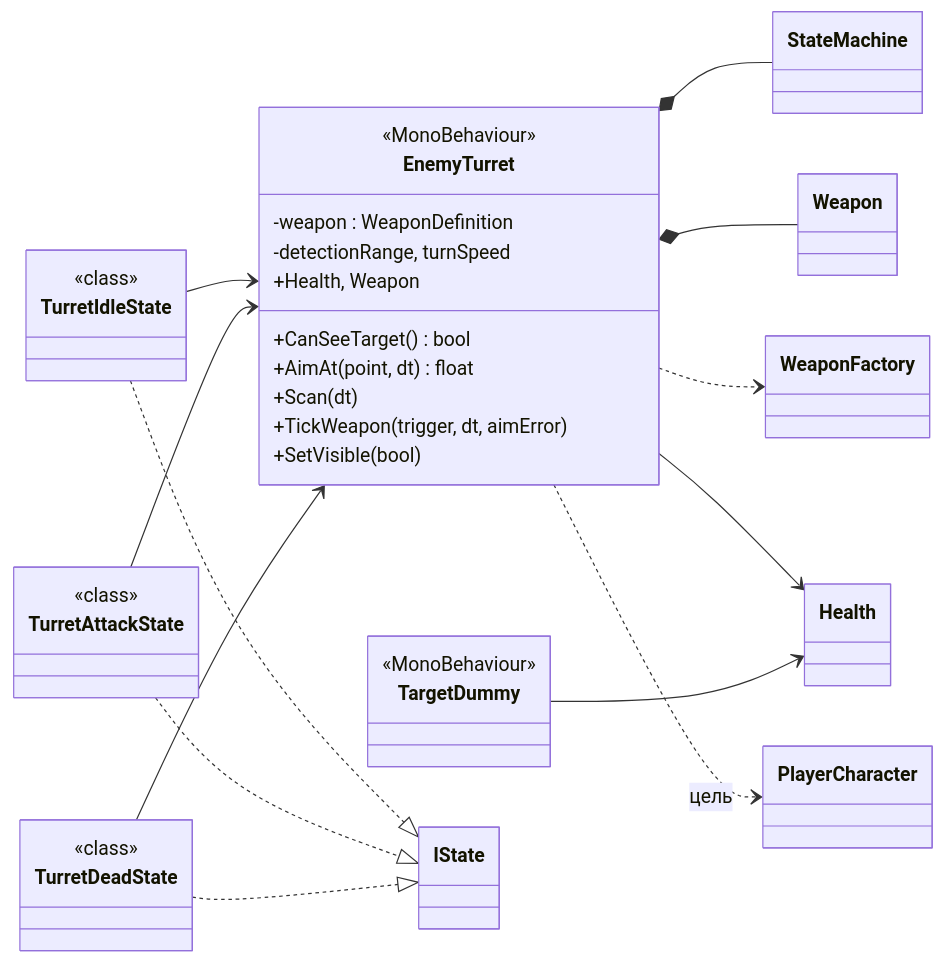
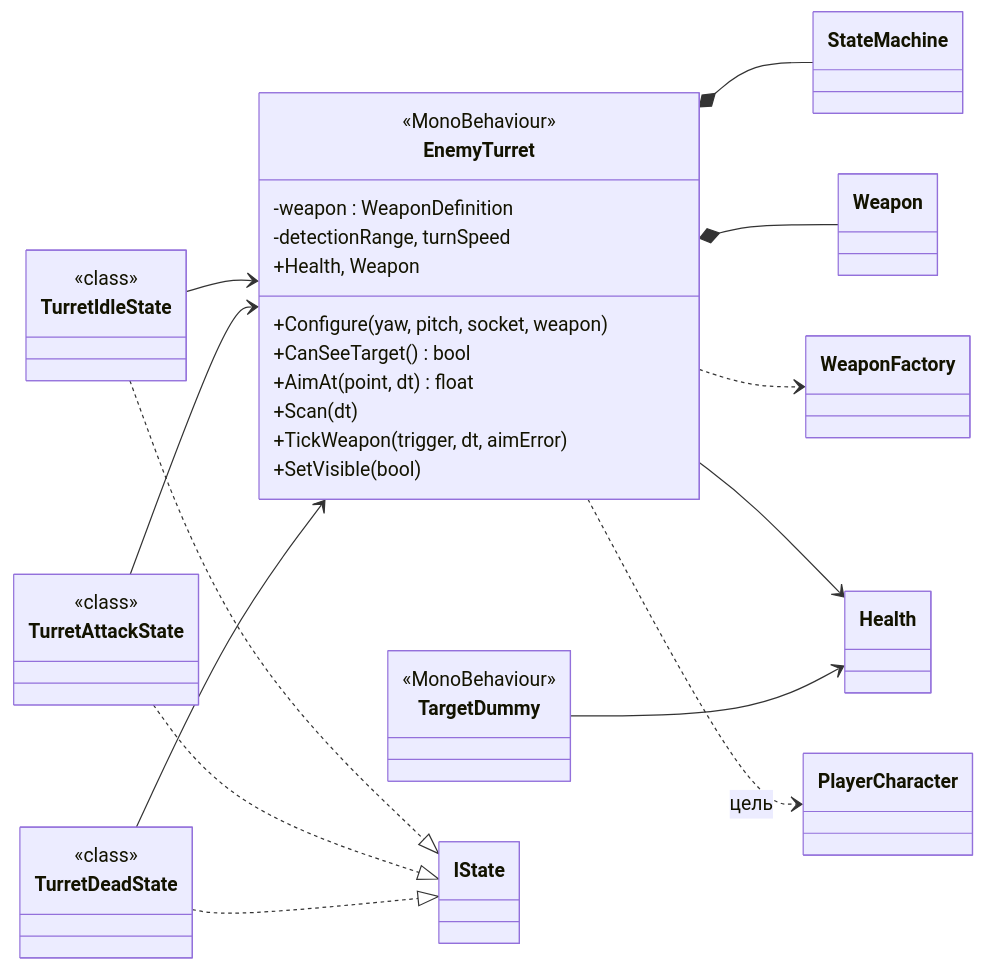
The tenth of 15 diagrams in Prod/Docs/UML.md (legatys/game), drawn with Mermaid before and after one commit. The commit also changed other lines of this file and 51 other files, not shown here.

````diff
--- a/Prod/Docs/UML.md
+++ b/Prod/Docs/UML.md
@@ -729,39 +745,40 @@
 ```mermaid
 classDiagram
     direction LR
     class EnemyTurret {
         <<MonoBehaviour>>
         -weapon : WeaponDefinition
         -detectionRange, turnSpeed
         +Health, Weapon
+        +Configure(yaw, pitch, socket, weapon)
         +CanSeeTarget() bool
         +AimAt(point, dt) float
         +Scan(dt)
         +TickWeapon(trigger, dt, aimError)
         +SetVisible(bool)
     }
     class TurretIdleState {
         <<class>>
     }
     class TurretAttackState {
         <<class>>
     }
     class TurretDeadState {
         <<class>>
     }
     class TargetDummy {
         <<MonoBehaviour>>
     }
     EnemyTurret *-- StateMachine
     EnemyTurret *-- Weapon
     EnemyTurret ..> WeaponFactory
     EnemyTurret --> Health
     EnemyTurret ..> PlayerCharacter : цель
     TurretIdleState ..|> IState
     TurretIdleState --> EnemyTurret
     TurretAttackState ..|> IState
     TurretAttackState --> EnemyTurret
     TurretDeadState ..|> IState
     TurretDeadState --> EnemyTurret
     TargetDummy --> Health
 ```
````
